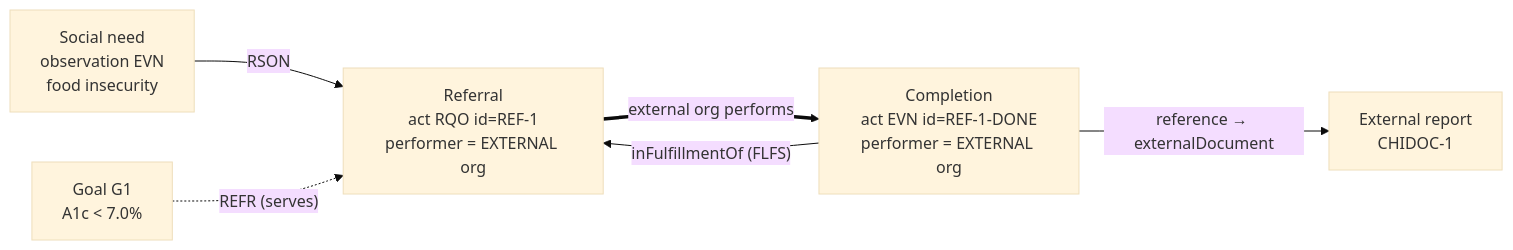
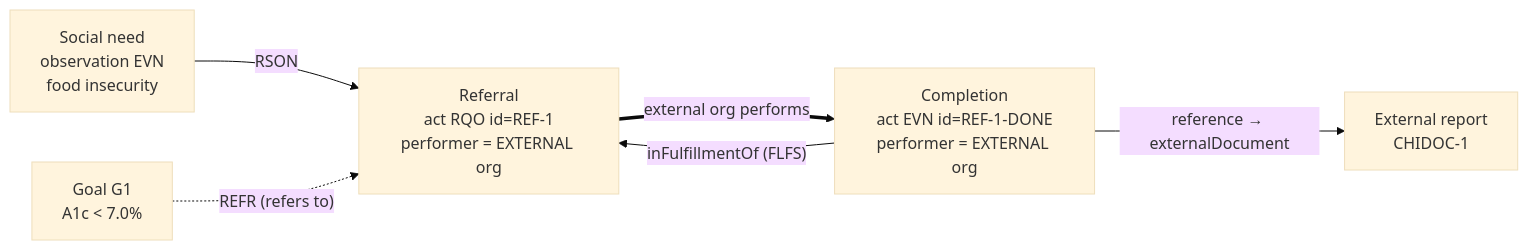
Before and after one commit to PatrickRutledge/care_plan: the diagram in wf5-referral-handoff.md, drawn with Mermaid (base theme). The commit also changed other lines of this file and 1 other file, not shown here.

Commit message:
Sweep residual REFR-as-serves framing in process-map rows + diagram
Copilot follow-up cleanup (all verified against the .ccda instances, which were
already correct):
- wf3 process-map row 3 + CDA/FHIR table: outcome->goal now uses GEVL (evaluates
  goal), matching careplan-followup.ccda.xml; was loosely labeled REFR
- wf3 process-map row 7: REFR T3->goal now annotated "refers to (convention, not
  a built-in serves)"
- wf5 process-map row 5: same REFR caveat added
- wf5 mermaid: arrow label "REFR (serves)" -> "REFR (refers to)"

Docs now consistent with the corrected explanatory paragraphs and the conformant
instances. Only open audit item remaining: patient-as-performer in CDA.

````diff
--- a/wf5-referral-handoff.md
+++ b/wf5-referral-handoff.md
@@ -37,8 +37,8 @@
 ```mermaid
 flowchart LR
     N["Social need<br/>observation EVN<br/>food insecurity"] -->|"RSON"| R["Referral<br/>act RQO id=REF-1<br/>performer = EXTERNAL org"]
-    G["Goal G1<br/>A1c &lt; 7.0%"] -.->|"REFR (serves)"| R
+    G["Goal G1<br/>A1c &lt; 7.0%"] -.->|"REFR (refers to)"| R
     R ==>|"external org performs"| D["Completion<br/>act EVN id=REF-1-DONE<br/>performer = EXTERNAL org"]
     D -->|"inFulfillmentOf (FLFS)"| R
     D -->|"reference → externalDocument"| X["External report<br/>CHIDOC-1"]
 ```
````
